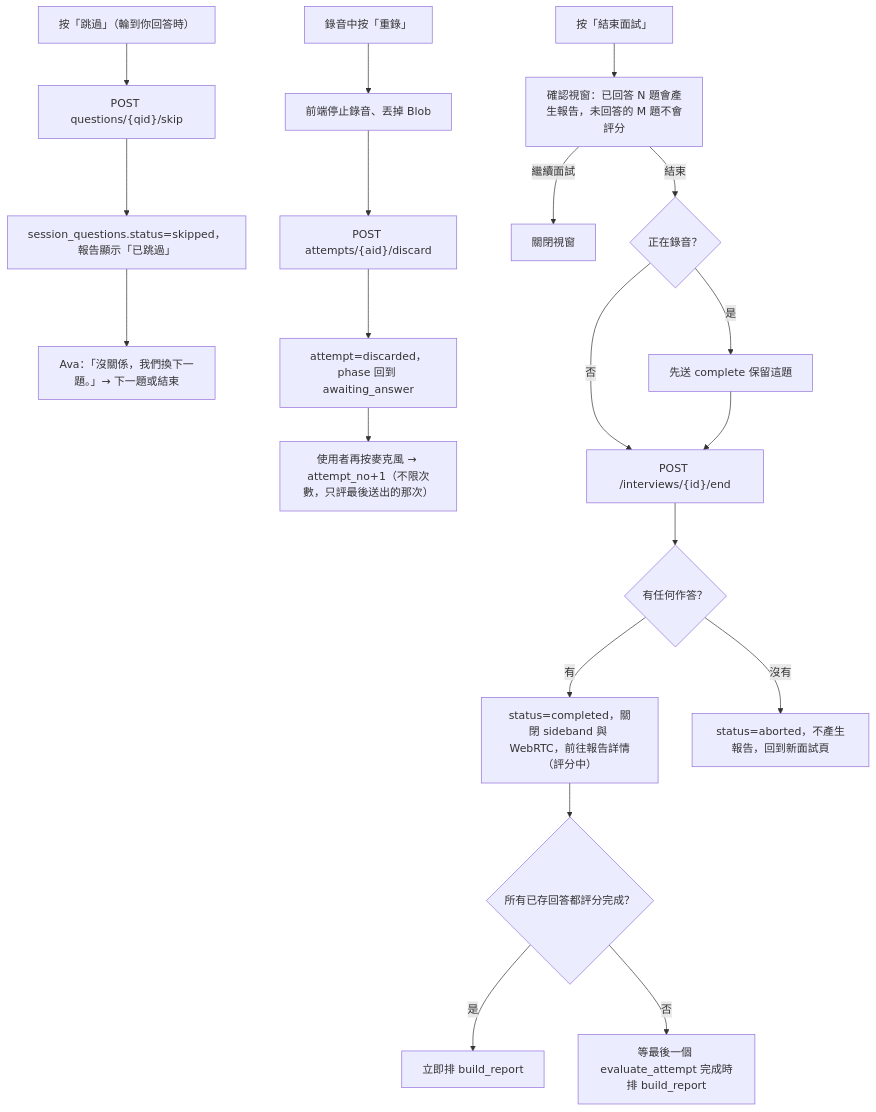
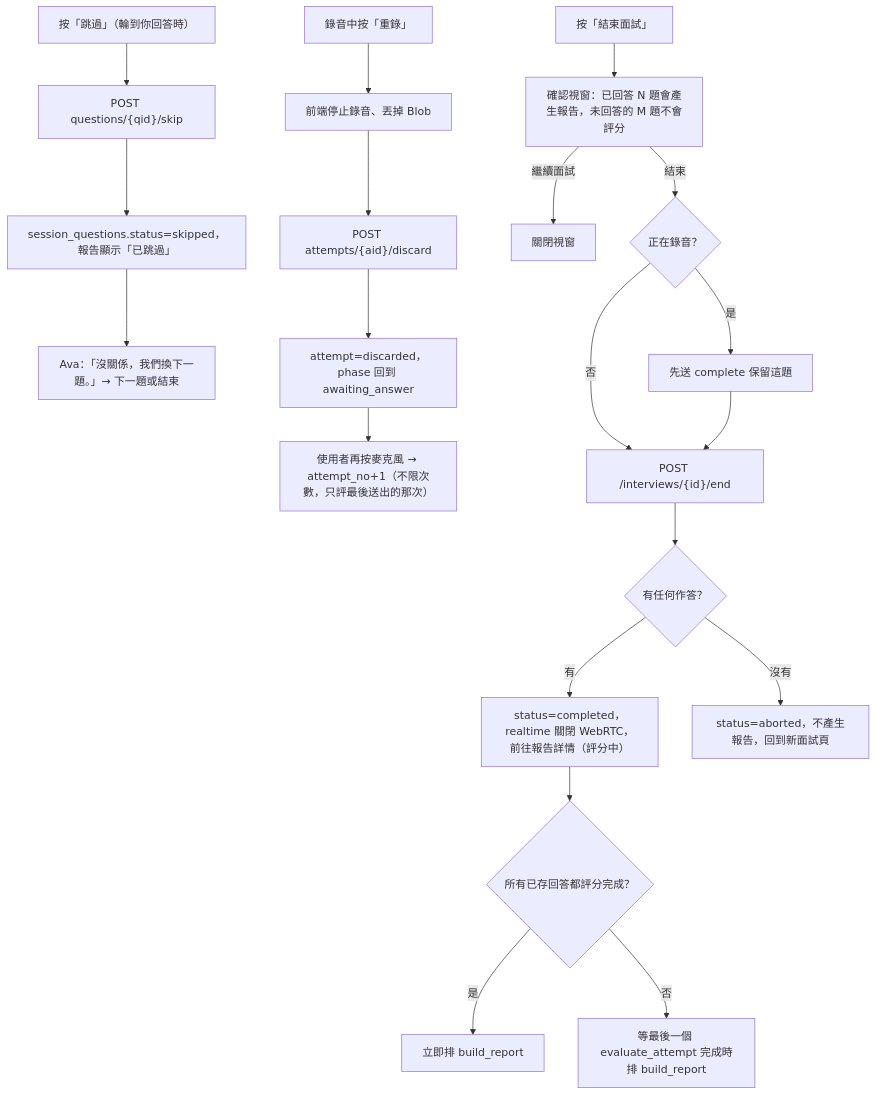
Before and after one commit to WilliamTsai1227/AI_Interview: diagram 22 of 30 in spec/flows.md, drawn with Mermaid. The commit also changed other lines of this file and 4 other files, not shown here.

````diff
--- a/spec/flows.md
+++ b/spec/flows.md
@@ -656,24 +675,24 @@
 ```mermaid
 flowchart TD
     A["按「跳過」（輪到你回答時）"] --> B["POST questions/{qid}/skip"]
     B --> D["session_questions.status=skipped，報告顯示「已跳過」"]
     D --> E["Ava：「沒關係，我們換下一題。」→ 下一題或結束"]
 
     R["錄音中按「重錄」"] --> R1["前端停止錄音、丟掉 Blob"]
     R1 --> R2["POST attempts/{aid}/discard"]
     R2 --> R3["attempt=discarded，phase 回到 awaiting_answer"]
     R3 --> R4["使用者再按麥克風 → attempt_no+1（不限次數，只評最後送出的那次）"]
 
     X["按「結束面試」"] --> Y["確認視窗：已回答 N 題會產生報告，未回答的 M 題不會評分"]
     Y -- 繼續面試 --> Y0["關閉視窗"]
     Y -- 結束 --> Z0{"正在錄音？"}
     Z0 -- 是 --> Z1["先送 complete 保留這題"]
     Z0 -- 否 --> Z
     Z1 --> Z["POST /interviews/{id}/end"]
     Z --> Z2{"有任何作答？"}
-    Z2 -- 有 --> Z3["status=completed，關閉 sideband 與 WebRTC，前往報告詳情（評分中）"]
+    Z2 -- 有 --> Z3["status=completed，realtime 關閉 WebRTC，前往報告詳情（評分中）"]
     Z2 -- 沒有 --> Z4["status=aborted，不產生報告，回到新面試頁"]
     Z3 --> Z5{"所有已存回答都評分完成？"}
     Z5 -- 是 --> Z6["立即排 build_report"]
     Z5 -- 否 --> Z7["等最後一個 evaluate_attempt 完成時排 build_report"]
 ```
````
